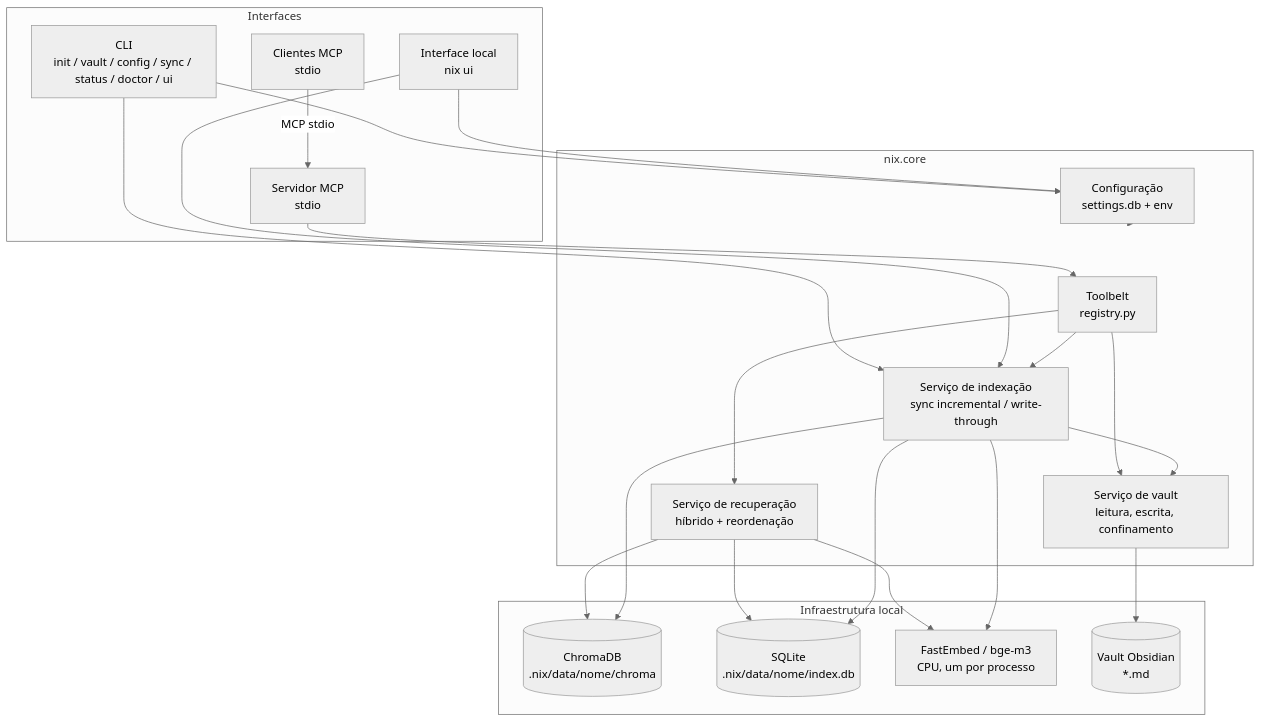
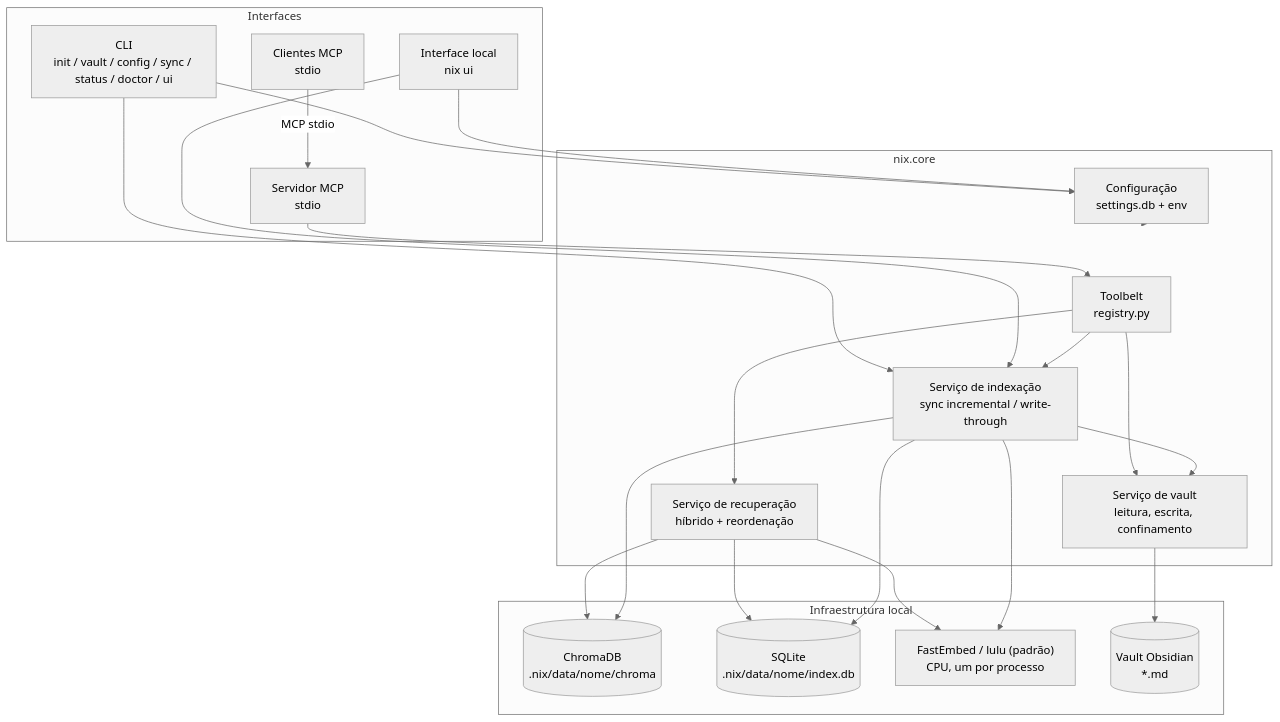
Before and after one commit to paulocesaaars/nix: the first of 4 diagrams in TDD.md, drawn with Mermaid (neutral theme). The commit also changed other lines of this file and 8 other files, not shown here.

````diff
--- a/TDD.md
+++ b/TDD.md
@@ -40,43 +40,43 @@
 ```mermaid
 graph TB
     subgraph Interfaces
         Client["Clientes MCP<br/>stdio"]
         CLI["CLI<br/>init / vault / config / sync / status / doctor / ui"]
         UI["Interface local<br/>nix ui"]
         MCP["Servidor MCP<br/>stdio"]
     end
 
     subgraph Core["nix.core"]
         TOOLS["Toolbelt<br/>registry.py"]
         RAG["Serviço de recuperação<br/>híbrido + reordenação"]
         IDX["Serviço de indexação<br/>sync incremental / write-through"]
         VAULT["Serviço de vault<br/>leitura, escrita, confinamento"]
         CFG["Configuração<br/>settings.db + env"]
     end
 
     subgraph Infra["Infraestrutura local"]
         CHROMA[("ChromaDB<br/>.nix/data/nome/chroma")]
         SQLITE[("SQLite<br/>.nix/data/nome/index.db")]
-        EMB["FastEmbed / bge-m3<br/>CPU, um por processo"]
+        EMB["FastEmbed / lulu (padrão)<br/>CPU, um por processo"]
         FS[("Vault Obsidian<br/>*.md")]
     end
 
     Client -->|"MCP stdio"| MCP
     CLI --> CFG
     CLI --> IDX
     UI --> CFG
     UI --> IDX
     MCP --> TOOLS
     TOOLS --> RAG
     TOOLS --> VAULT
     TOOLS --> IDX
     RAG --> CHROMA
     RAG --> SQLITE
     RAG --> EMB
     IDX --> CHROMA
     IDX --> SQLITE
     IDX --> EMB
     IDX --> VAULT
     VAULT --> FS
     CFG -.-> Core
 ```
````
